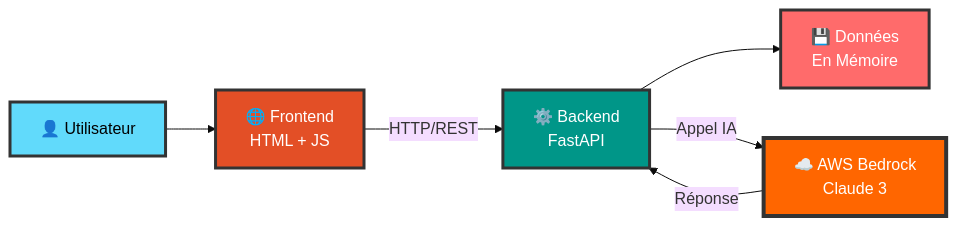
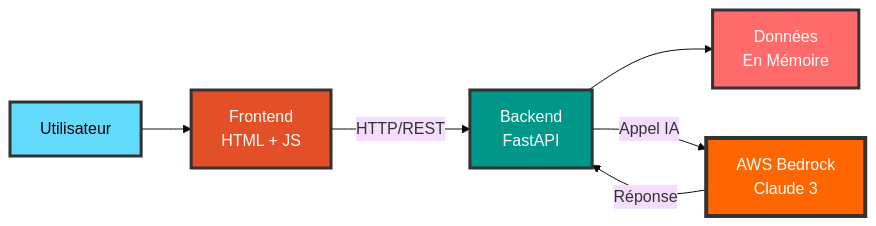
Before and after one commit to inskillflow/awsbedrock-demo-1-inmemory: the third of 24 diagrams in documentation/00-ARCHITECTURE.md, drawn with Mermaid (base theme). The commit also changed other lines of this file, not shown here.

````diff
--- a/documentation/00-ARCHITECTURE.md
+++ b/documentation/00-ARCHITECTURE.md
@@ -107,20 +107,20 @@
 ```mermaid
 flowchart LR
-    User[👤 Utilisateur]
-    Frontend[🌐 Frontend<br/>HTML + JS]
-    Backend[⚙️ Backend<br/>FastAPI]
-    Data[💾 Données<br/>En Mémoire]
-    AWS[☁️ AWS Bedrock<br/>Claude 3]
+    User[Utilisateur]
+    Frontend[Frontend<br/>HTML + JS]
+    Backend[Backend<br/>FastAPI]
+    Data[Données<br/>En Mémoire]
+    AWS[AWS Bedrock<br/>Claude 3]
     
     User --> Frontend
     Frontend -->|HTTP/REST| Backend
     Backend --> Data
     Backend -->|Appel IA| AWS
     AWS -->|Réponse| Backend
     
     style User fill:#61DAFB,stroke:#333,stroke-width:3px,color:#000,font-size:16px
     style Frontend fill:#E34F26,stroke:#333,stroke-width:3px,color:#fff,font-size:16px
     style Backend fill:#009688,stroke:#333,stroke-width:3px,color:#fff,font-size:16px
     style Data fill:#FF6B6B,stroke:#333,stroke-width:3px,color:#fff,font-size:16px
     style AWS fill:#FF6600,stroke:#333,stroke-width:4px,color:#fff,font-size:16px
 ```
````
